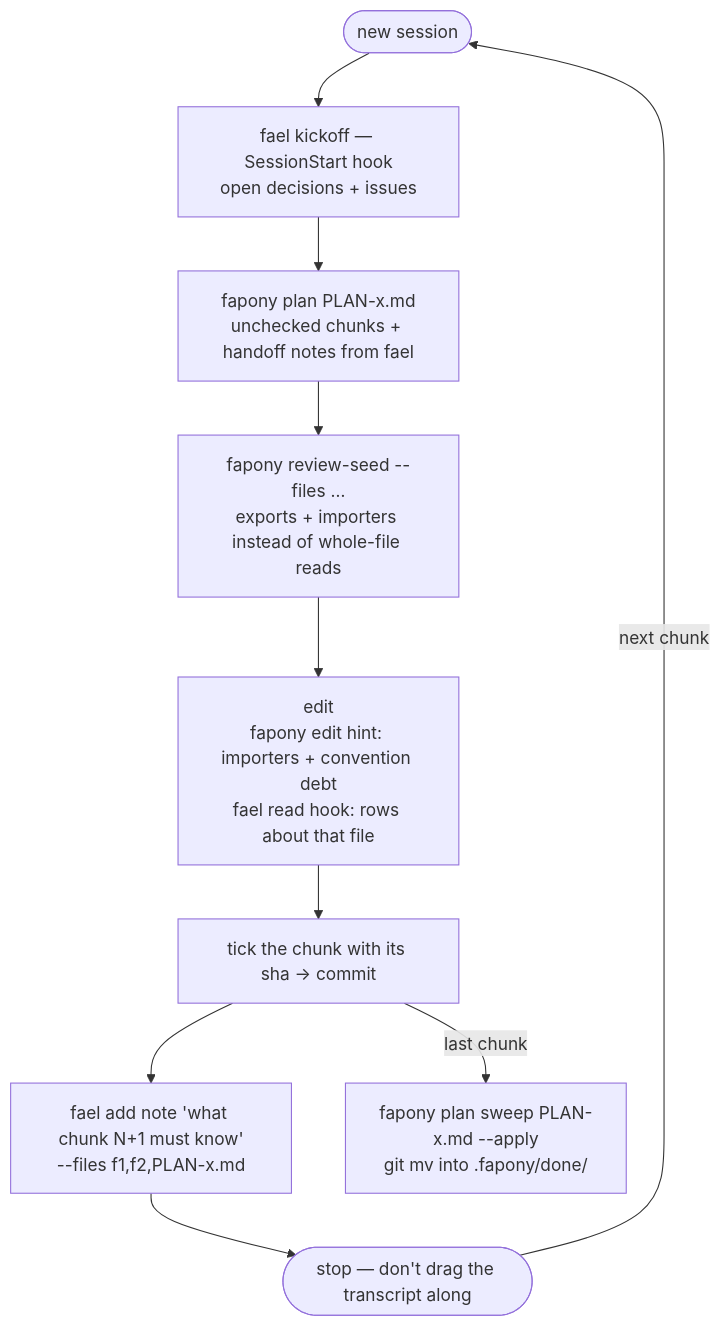
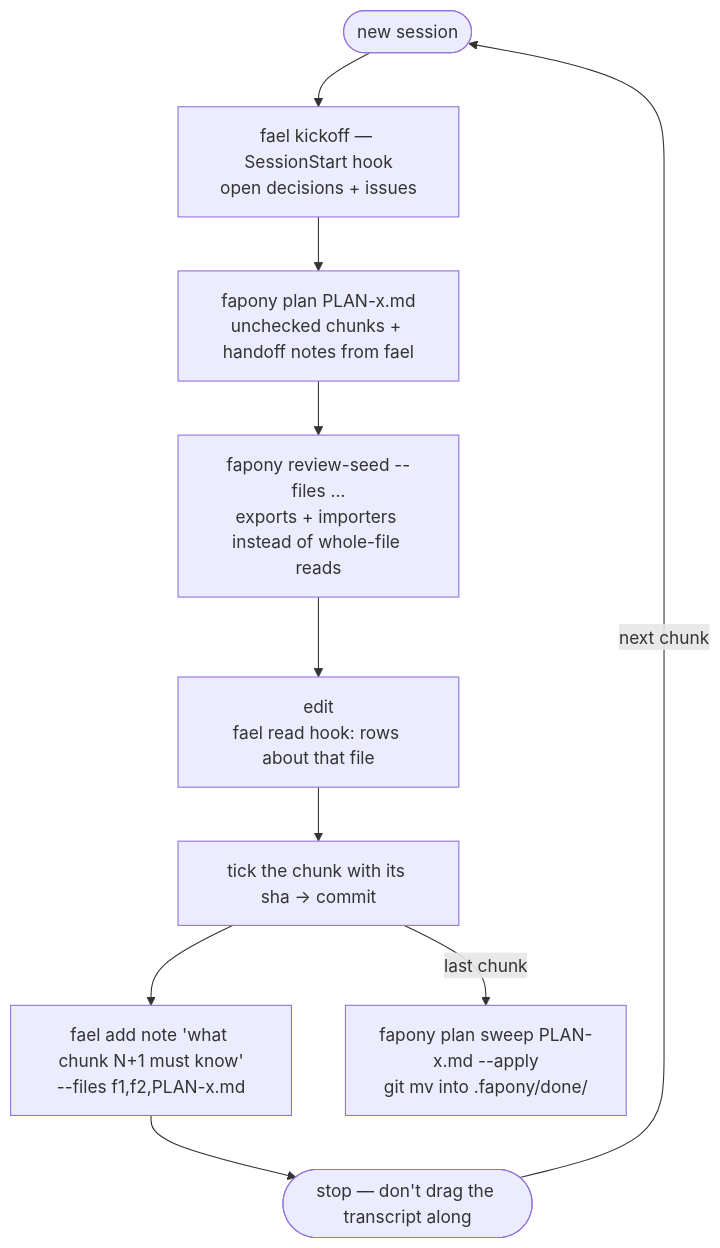
The first of 2 diagrams in README.md (inonix-dev/fapony), drawn with Mermaid before and after one commit. The commit also changed other lines of this file and 20 other files, not shown here.

First line of the commit message:
refactor(hooks): remove the edit hint and retire its installed entries

````diff
--- a/README.md
+++ b/README.md
@@ -79,12 +79,12 @@
 ```mermaid
 flowchart TD
     S([new session]) --> K["fael kickoff — SessionStart hook<br/>open decisions + issues"]
     K --> P["fapony plan PLAN-x.md<br/>unchecked chunks + handoff notes from fael"]
     P --> L["fapony review-seed --files …<br/>exports + importers instead of whole-file reads"]
-    L --> E["edit<br/>fapony edit hint: importers + convention debt<br/>fael read hook: rows about that file"]
+    L --> E["edit<br/>fael read hook: rows about that file"]
     E --> C["tick the chunk with its sha → commit"]
     C --> N["fael add note 'what chunk N+1 must know'<br/>--files f1,f2,PLAN-x.md"]
     N --> X([stop — don't drag the transcript along])
     X -->|next chunk| S
     C -->|last chunk| W["fapony plan sweep PLAN-x.md --apply<br/>git mv into .fapony/done/"]
 ```
````
